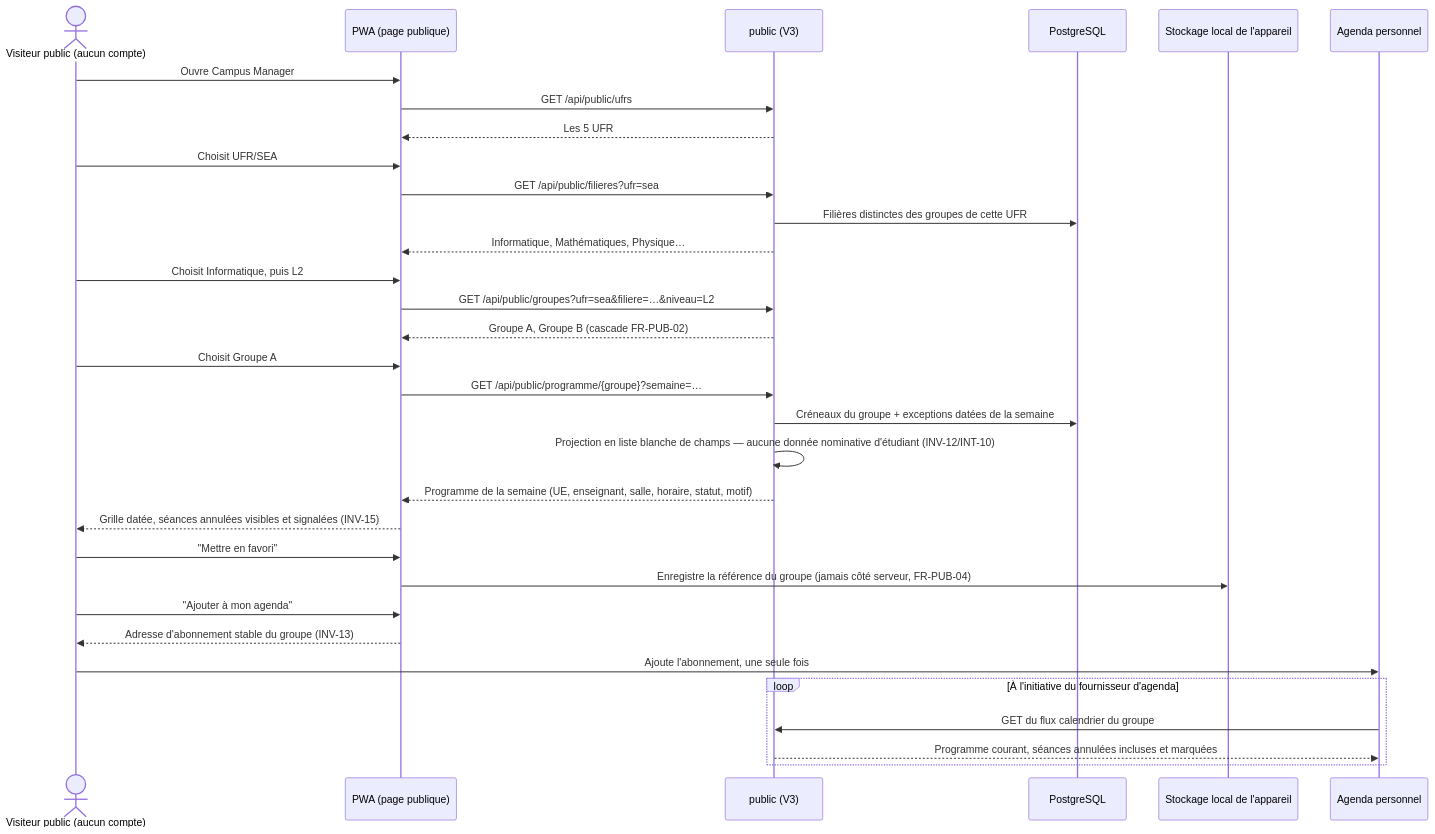
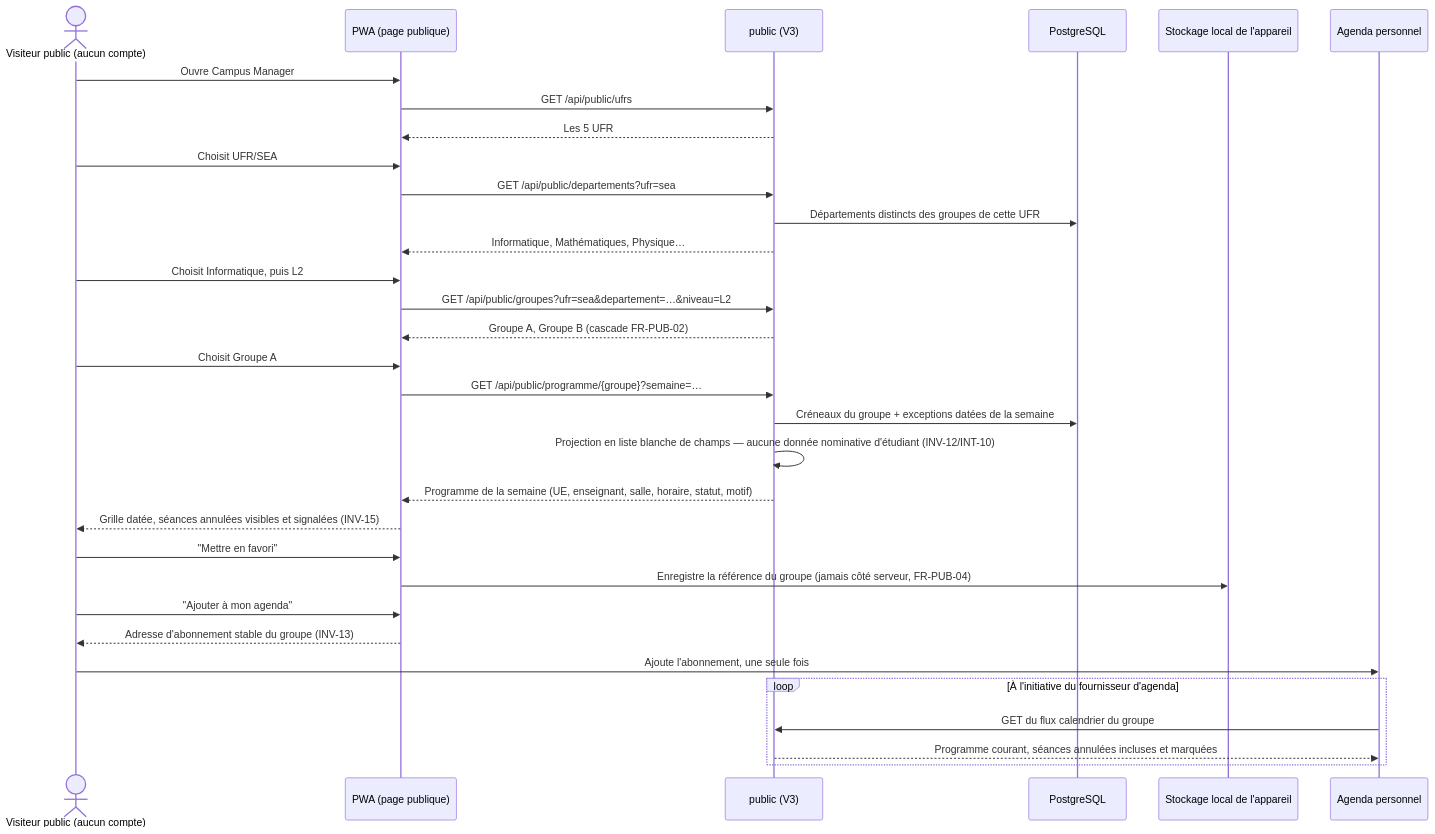
Before and after one commit to Kevin23phx/Gestionnaire_emploi_de_temps: the fifth of 7 diagrams in docs/05_UML_C4_Campus_Manager.md, drawn with Mermaid. The commit also changed other lines of this file and 18 other files, not shown here.

````diff
--- a/docs/05_UML_C4_Campus_Manager.md
+++ b/docs/05_UML_C4_Campus_Manager.md
@@ -177,37 +177,37 @@
 ```mermaid
 sequenceDiagram
     actor Vis as Visiteur public (aucun compte)
     participant UI as PWA (page publique)
     participant PB as public (V3)
     participant DB as PostgreSQL
     participant LS as Stockage local de l'appareil
     participant AG as Agenda personnel
 
     Vis->>UI: Ouvre Campus Manager
     UI->>PB: GET /api/public/ufrs
     PB-->>UI: Les 5 UFR
     Vis->>UI: Choisit UFR/SEA
-    UI->>PB: GET /api/public/filieres?ufr=sea
-    PB->>DB: Filières distinctes des groupes de cette UFR
+    UI->>PB: GET /api/public/departements?ufr=sea
+    PB->>DB: Départements distincts des groupes de cette UFR
     PB-->>UI: Informatique, Mathématiques, Physique…
     Vis->>UI: Choisit Informatique, puis L2
-    UI->>PB: GET /api/public/groupes?ufr=sea&filiere=…&niveau=L2
+    UI->>PB: GET /api/public/groupes?ufr=sea&departement=…&niveau=L2
     PB-->>UI: Groupe A, Groupe B (cascade FR-PUB-02)
     Vis->>UI: Choisit Groupe A
     UI->>PB: GET /api/public/programme/{groupe}?semaine=…
     PB->>DB: Créneaux du groupe + exceptions datées de la semaine
     PB->>PB: Projection en liste blanche de champs — aucune donnée nominative d'étudiant (INV-12/INT-10)
     PB-->>UI: Programme de la semaine (UE, enseignant, salle, horaire, statut, motif)
     UI-->>Vis: Grille datée, séances annulées visibles et signalées (INV-15)
 
     Vis->>UI: "Mettre en favori"
     UI->>LS: Enregistre la référence du groupe (jamais côté serveur, FR-PUB-04)
 
     Vis->>UI: "Ajouter à mon agenda"
     UI-->>Vis: Adresse d'abonnement stable du groupe (INV-13)
     Vis->>AG: Ajoute l'abonnement, une seule fois
     loop À l'initiative du fournisseur d'agenda
         AG->>PB: GET du flux calendrier du groupe
         PB-->>AG: Programme courant, séances annulées incluses et marquées
     end
 ```
````
